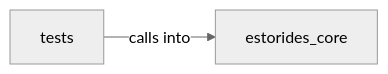
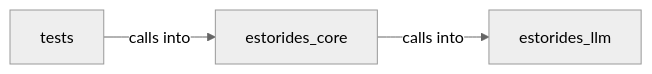
One commit to grisuno/estorides changed the diagram in readmenator-diagrams/estorides_core_parsers.md. Above: the diagram before and after it, drawn with Mermaid (neutral theme). The commit also changed other lines of this file and 39 other files, not shown here.

````diff
--- a/readmenator-diagrams/estorides_core_parsers.md
+++ b/readmenator-diagrams/estorides_core_parsers.md
@@ -5,6 +5,8 @@
 ```mermaid
 graph LR
     estorides_core["estorides_core"]
+    estorides_llm["estorides_llm"]
     tests["tests"]
+    estorides_core -- "calls into" --> estorides_llm
     tests -- "calls into" --> estorides_core
 ```
````
